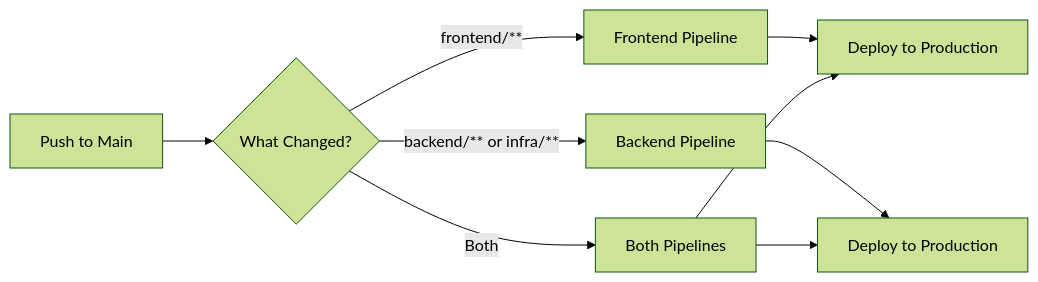
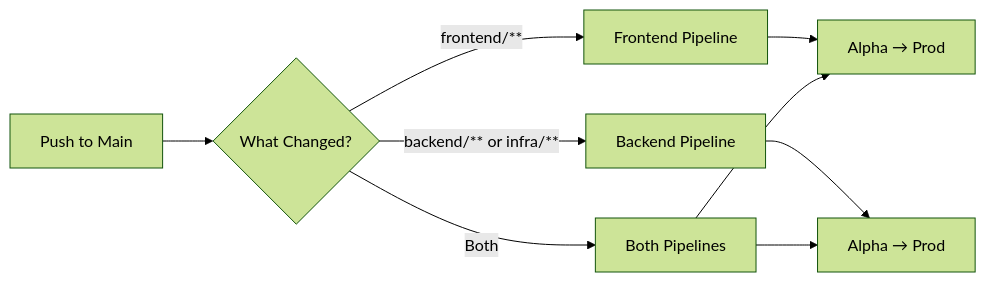
The first of 4 diagrams in docs/PIPELINE.md (Aadil221/EPAFinalProject), drawn with Mermaid (forest theme) before and after one commit. The commit also changed other lines of this file and 1 other file, not shown here.

Commit message:
fix: update pipeline docs to reflect Alpha + Prod deployment stages

````diff
--- a/docs/PIPELINE.md
+++ b/docs/PIPELINE.md
@@ -9,12 +9,12 @@
 ```mermaid
 graph LR
     A[Push to Main] --> B{What Changed?}
     B -->|frontend/**| C[Frontend Pipeline]
     B -->|backend/** or infra/**| D[Backend Pipeline]
     B -->|Both| E[Both Pipelines]
 
-    C --> F[Deploy to Production]
-    D --> G[Deploy to Production]
+    C --> F[Alpha → Prod]
+    D --> G[Alpha → Prod]
     E --> F
     E --> G
 ```
````
